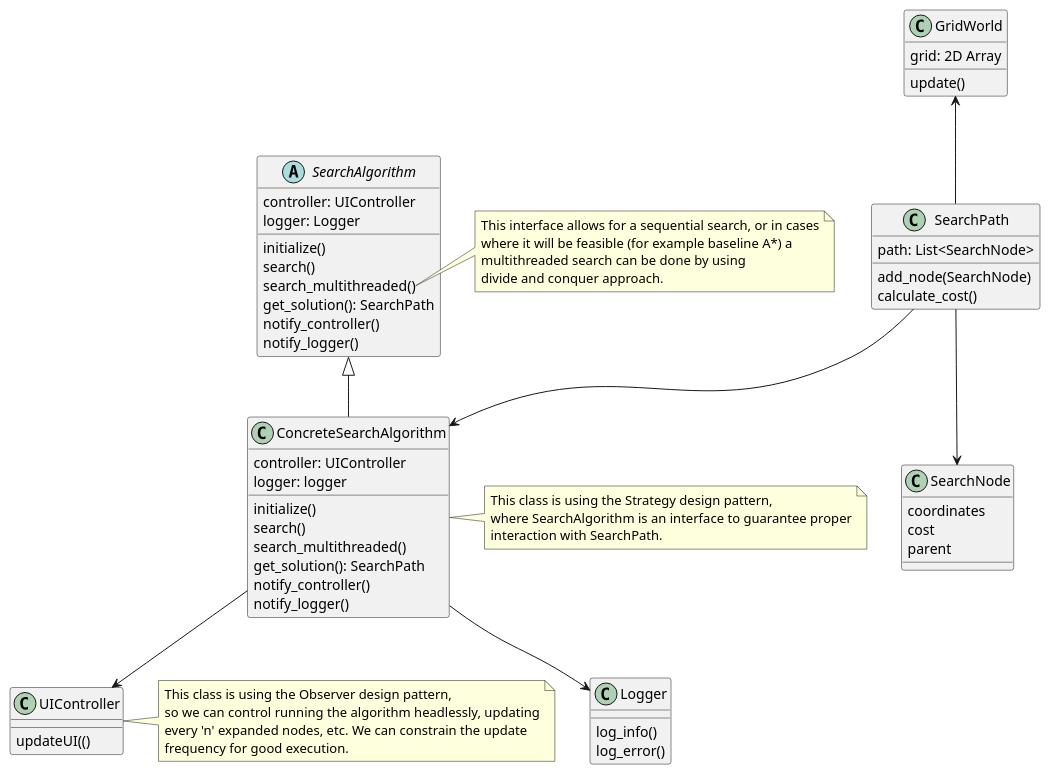
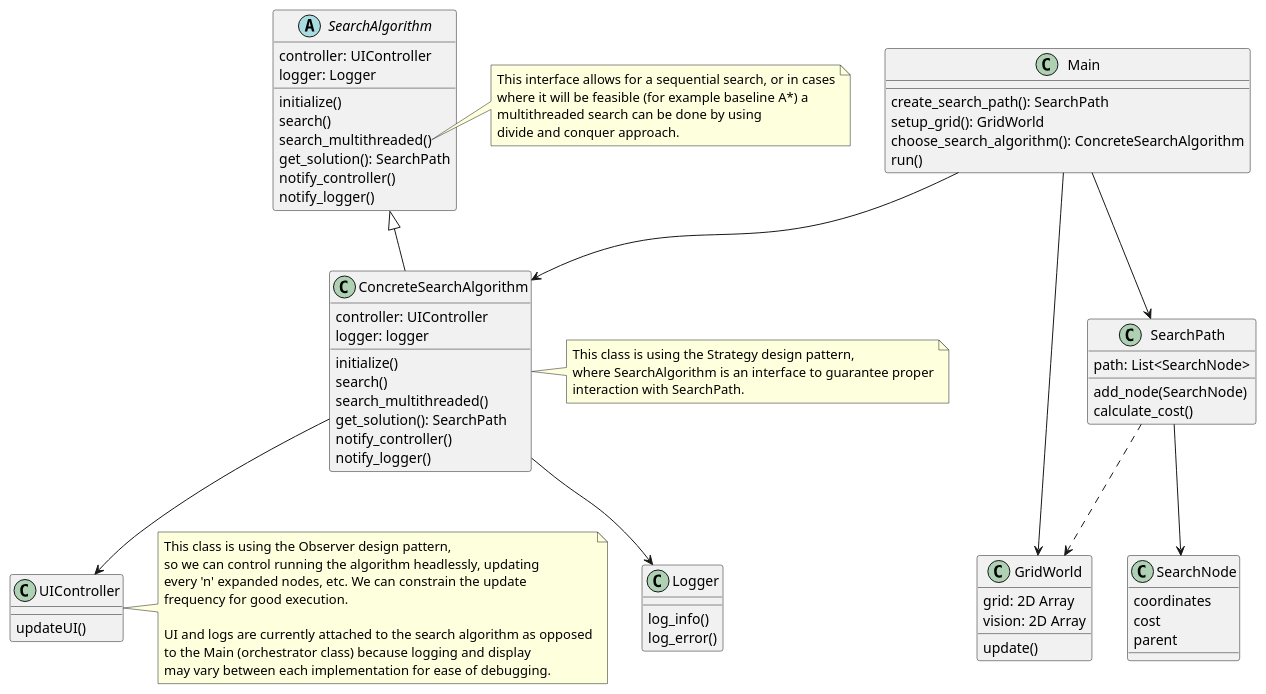
The diagram in docs/class_diagram.puml (gramos93/aco-boosted-variants), drawn with PlantUML before and after one commit.

```diff
--- a/docs/class_diagram.puml
+++ b/docs/class_diagram.puml
@@ -1,78 +1,92 @@
 @startuml
+
+class Main {
+  create_search_path(): SearchPath
+  setup_grid(): GridWorld
+  choose_search_algorithm(): ConcreteSearchAlgorithm
+  run()
+}
 
 class GridWorld {
   grid: 2D Array
+  vision: 2D Array
   update()
 }
 
 class SearchPath {
   path: List<SearchNode>
   add_node(SearchNode)
   calculate_cost()
 }
 
 class SearchNode {
   coordinates
   cost
   parent
 }
 
 class Logger {
   log_info()
   log_error()
 }
 
 class UIController {
-  updateUI(()
+  updateUI()
 }
 
 abstract class SearchAlgorithm {
   controller: UIController
   logger: Logger
   initialize()
   search()
   search_multithreaded()
   get_solution(): SearchPath
   notify_controller()
   notify_logger()
 }
 
 class ConcreteSearchAlgorithm {
   controller: UIController
   logger: logger
   initialize()
   search()
   search_multithreaded()
   get_solution(): SearchPath
   notify_controller()
   notify_logger()
 }
 
+Main --> GridWorld
+Main --> ConcreteSearchAlgorithm
+Main  --> SearchPath
+SearchPath -[dashed]-> GridWorld
 SearchAlgorithm <|-- ConcreteSearchAlgorithm
-GridWorld <-- SearchPath
-SearchPath --> ConcreteSearchAlgorithm
 ConcreteSearchAlgorithm --> UIController
 ConcreteSearchAlgorithm --> Logger
 SearchPath --> SearchNode
 
 note right of ConcreteSearchAlgorithm
   This class is using the Strategy design pattern, 
   where SearchAlgorithm is an interface to guarantee proper
   interaction with SearchPath.
 end note
 
 note right of UIController
   This class is using the Observer design pattern, 
   so we can control running the algorithm headlessly, updating
   every 'n' expanded nodes, etc. We can constrain the update
   frequency for good execution.
+  
+  UI and logs are currently attached to the search algorithm as opposed
+  to the Main (orchestrator class) because logging and display
+  may vary between each implementation for ease of debugging.
 end note
 
 note right of SearchAlgorithm::search_multithreaded
   This interface allows for a sequential search, or in cases
   where it will be feasible (for example baseline A*) a
   multithreaded search can be done by using
   divide and conquer approach.
 end note
 
 @enduml
```
